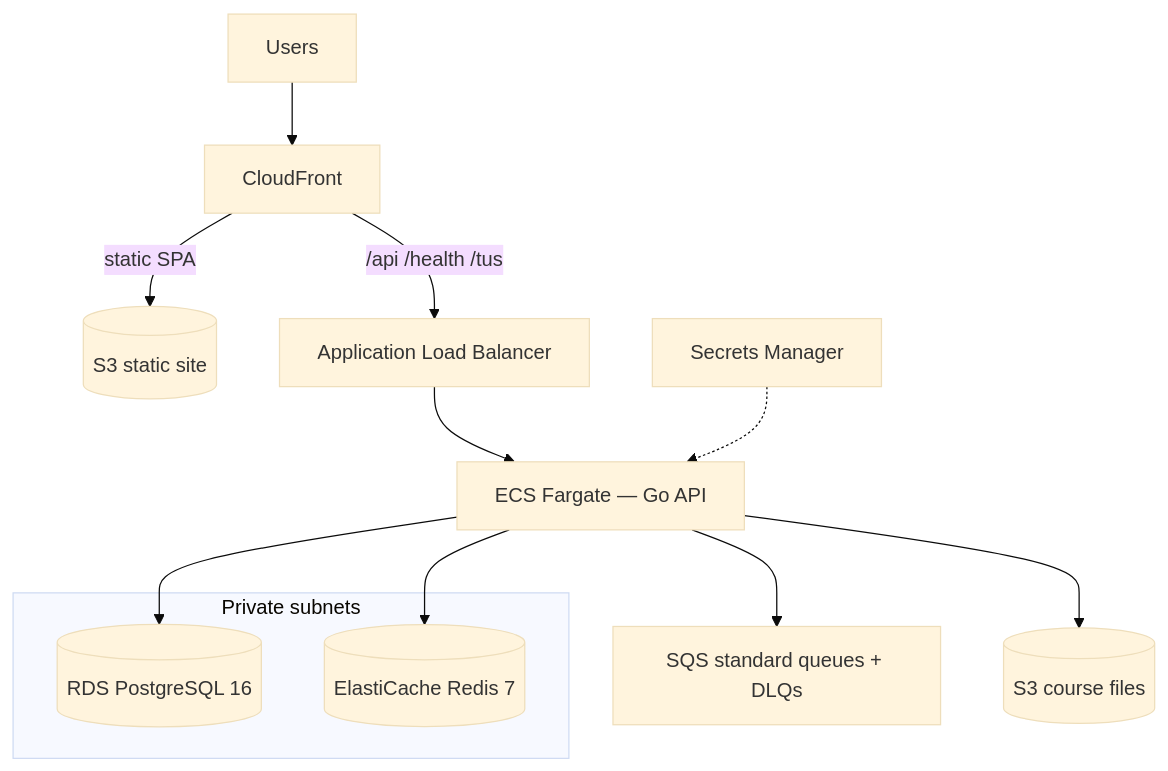
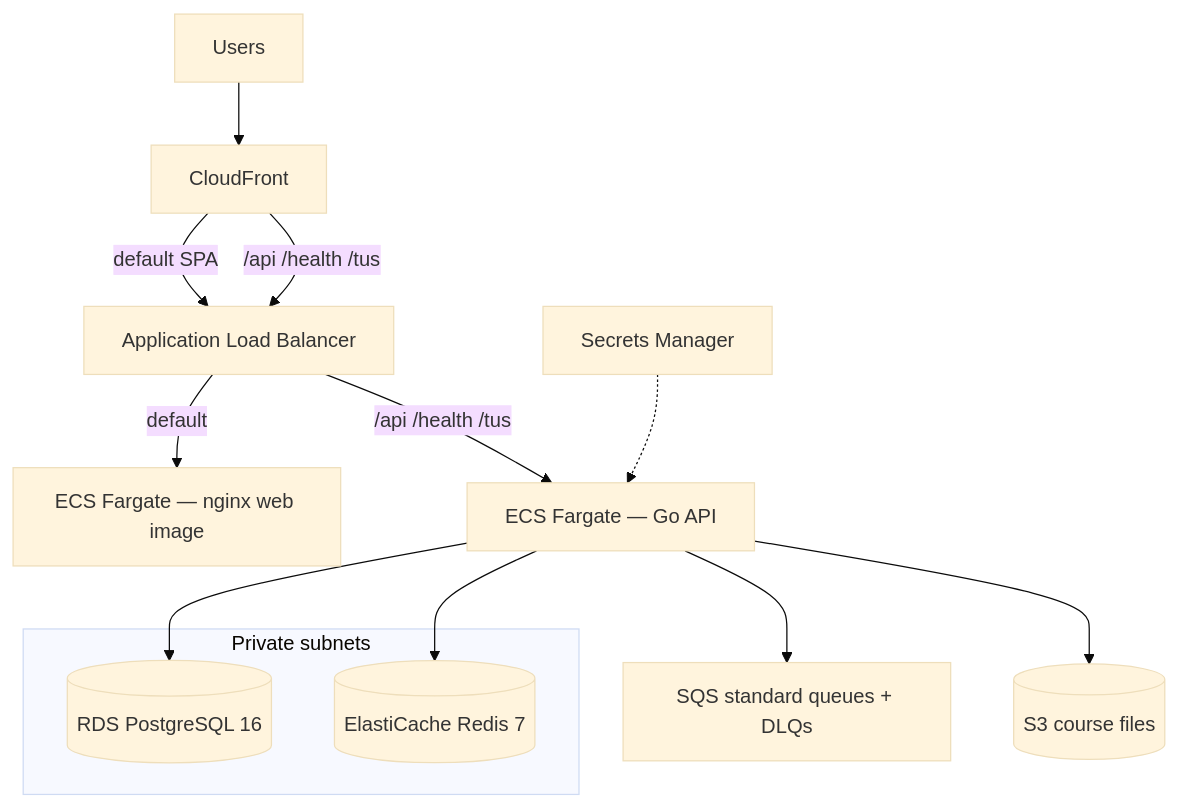
One commit to StudyDrift/lextures changed the diagram in iac/self-aws/README.md. Above: the diagram before and after it, drawn with Mermaid (base theme). The commit also changed other lines of this file and 12 other files, not shown here.

First line of the commit message:
feat(iac): deploy GHCR web image on self-aws ECS Fargate (#471)

````diff
--- a/iac/self-aws/README.md
+++ b/iac/self-aws/README.md
@@ -9,18 +9,19 @@
 ```mermaid
 flowchart TB
   Users --> CF[CloudFront]
-  CF -->|static SPA| S3Web[(S3 static site)]
-  CF -->|/api /health /tus| ALB[Application Load Balancer]
-  ALB --> API[ECS Fargate — Go API]
+  CF -->|default SPA| ALB[Application Load Balancer]
+  CF -->|/api /health /tus| ALB
+  ALB -->|default| Web[ECS Fargate — nginx web image]
+  ALB -->|/api /health /tus| API[ECS Fargate — Go API]
 
   subgraph private [Private subnets]
     RDS[(RDS PostgreSQL 16)]
     Redis[(ElastiCache Redis 7)]
   end
 
   API --> RDS
   API --> Redis
   API --> SQS[SQS standard queues + DLQs]
   API --> S3Files[(S3 course files)]
   SM[Secrets Manager] -.-> API
 ```
````
